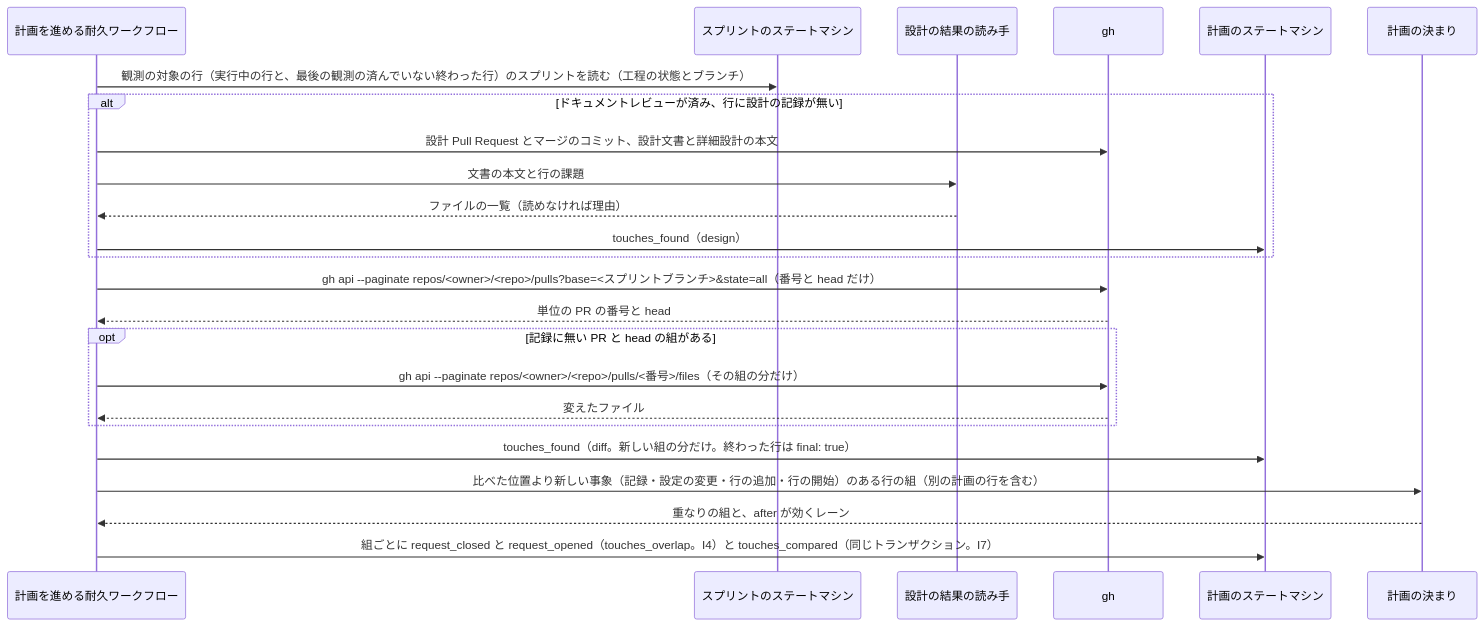
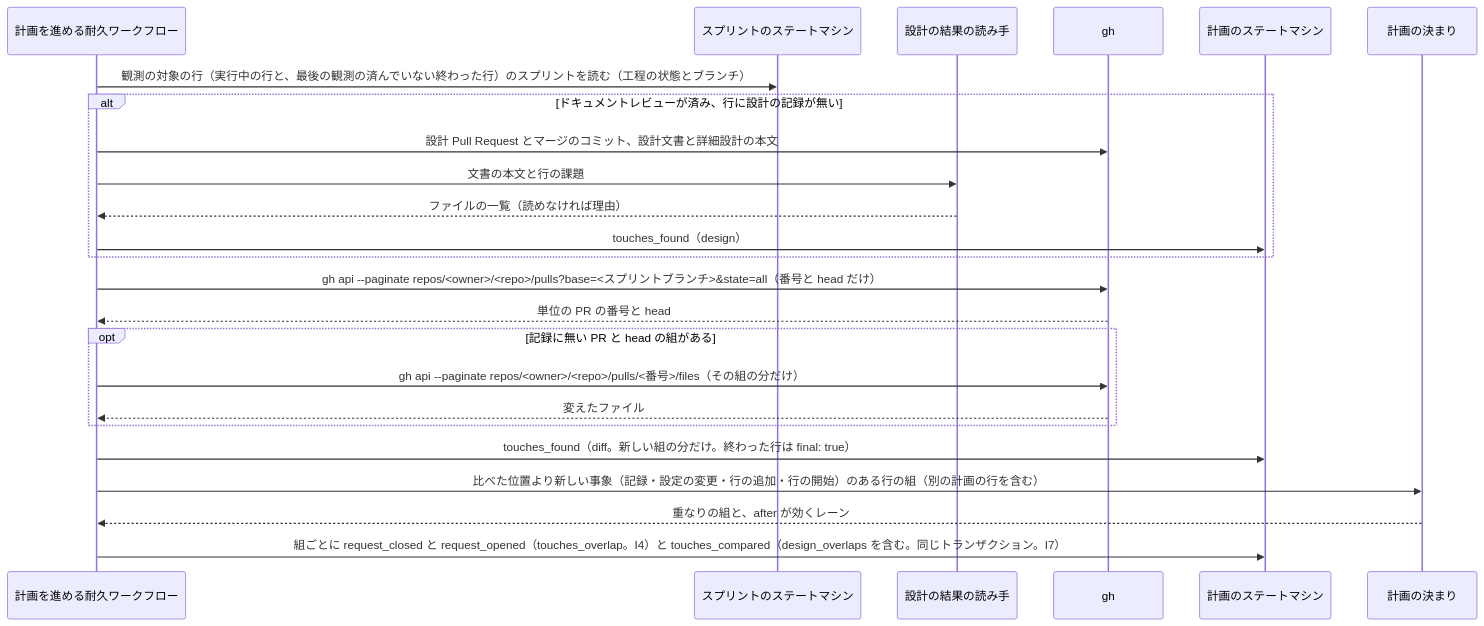
The fourth of 5 diagrams in issues/issue-4295-2037-design.md (devbasex/ai-plugins), drawn with Mermaid before and after one commit. The commit also changed other lines of this file, not shown here.

````diff
--- a/issues/issue-4295-2037-design.md
+++ b/issues/issue-4295-2037-design.md
@@ -229,26 +242,26 @@
 ```mermaid
 sequenceDiagram
     participant RUN as 計画を進める耐久ワークフロー
     participant SP as スプリントのステートマシン
     participant DR as 設計の結果の読み手
     participant GH as gh
     participant PL as 計画のステートマシン
     participant RU as 計画の決まり
     RUN->>SP: 観測の対象の行（実行中の行と、最後の観測の済んでいない終わった行）のスプリントを読む（工程の状態とブランチ）
     alt ドキュメントレビューが済み、行に設計の記録が無い
         RUN->>GH: 設計 Pull Request とマージのコミット、設計文書と詳細設計の本文
         RUN->>DR: 文書の本文と行の課題
         DR-->>RUN: ファイルの一覧（読めなければ理由）
         RUN->>PL: touches_found（design）
     end
     RUN->>GH: gh api --paginate repos/<owner>/<repo>/pulls?base=<スプリントブランチ>&state=all（番号と head だけ）
     GH-->>RUN: 単位の PR の番号と head
     opt 記録に無い PR と head の組がある
         RUN->>GH: gh api --paginate repos/<owner>/<repo>/pulls/<番号>/files（その組の分だけ）
         GH-->>RUN: 変えたファイル
     end
     RUN->>PL: touches_found（diff。新しい組の分だけ。終わった行は final: true）
     RUN->>RU: 比べた位置より新しい事象（記録・設定の変更・行の追加・行の開始）のある行の組（別の計画の行を含む）
     RU-->>RUN: 重なりの組と、after が効くレーン
-    RUN->>PL: 組ごとに request_closed と request_opened（touches_overlap。I4）と touches_compared（同じトランザクション。I7）
+    RUN->>PL: 組ごとに request_closed と request_opened（touches_overlap。I4）と touches_compared（design_overlaps を含む。同じトランザクション。I7）
 ```
````
